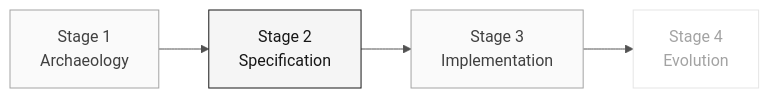
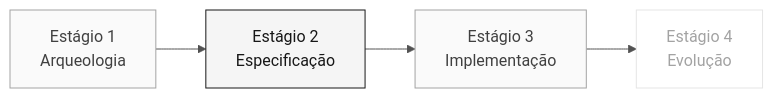
One commit to paulasilvatech/datacorp-sifap-team-kit-pt-br changed the diagram in 05-personas/02-requirements-engineer/PERSONA.md. Above: the diagram before and after it, drawn with Mermaid. The commit also changed other lines of this file and 361 other files, not shown here.

````diff
--- a/05-personas/02-requirements-engineer/PERSONA.md
+++ b/05-personas/02-requirements-engineer/PERSONA.md
@@ -32,11 +32,11 @@
 ```mermaid
 %%{init: {'theme':'neutral','themeVariables':{'fontFamily':'ui-sans-serif, system-ui, sans-serif','primaryColor':'#F5F5F5','primaryTextColor':'#171717','primaryBorderColor':'#171717','lineColor':'#525252','secondaryColor':'#FFFFFF','tertiaryColor':'#FAFAFA','background':'#FFFFFF'}}}%%
 flowchart LR
     classDef active fill:#F5F5F5,stroke:#171717,color:#171717
     classDef support fill:#FAFAFA,stroke:#A3A3A3,color:#404040
     classDef inactive fill:#FFFFFF,stroke:#E5E5E5,color:#A3A3A3
 
-    E1["Stage 1<br/>Archaeology"]:::support --> E2["Stage 2<br/>Specification"]:::active
-    E2 --> E3["Stage 3<br/>Implementation"]:::support
-    E3 --> E4["Stage 4<br/>Evolution"]:::inactive
+    E1["Estágio 1<br/>Arqueologia"]:::support --> E2["Estágio 2<br/>Especificação"]:::active
+    E2 --> E3["Estágio 3<br/>Implementação"]:::support
+    E3 --> E4["Estágio 4<br/>Evolução"]:::inactive
 ```
````
